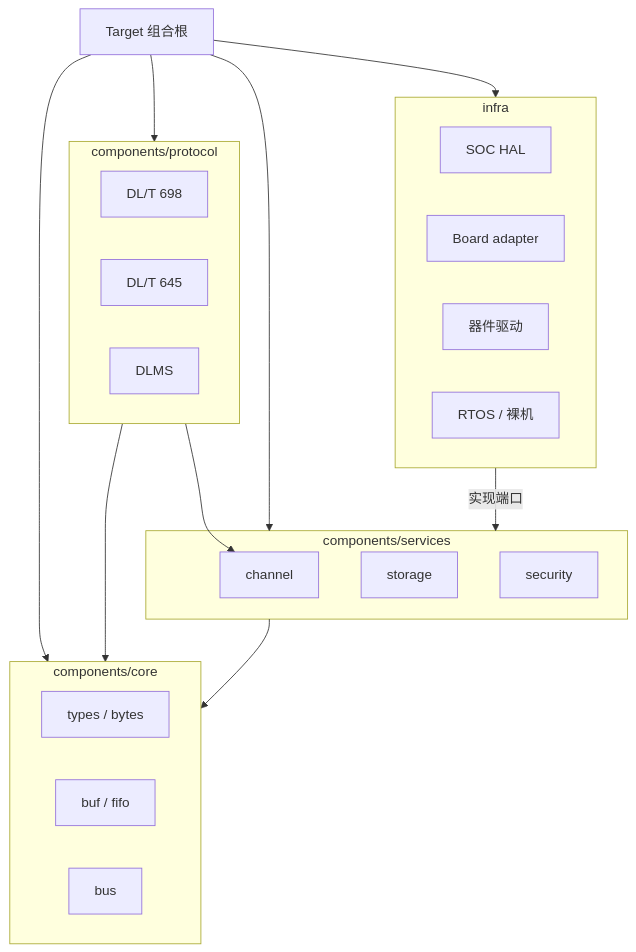
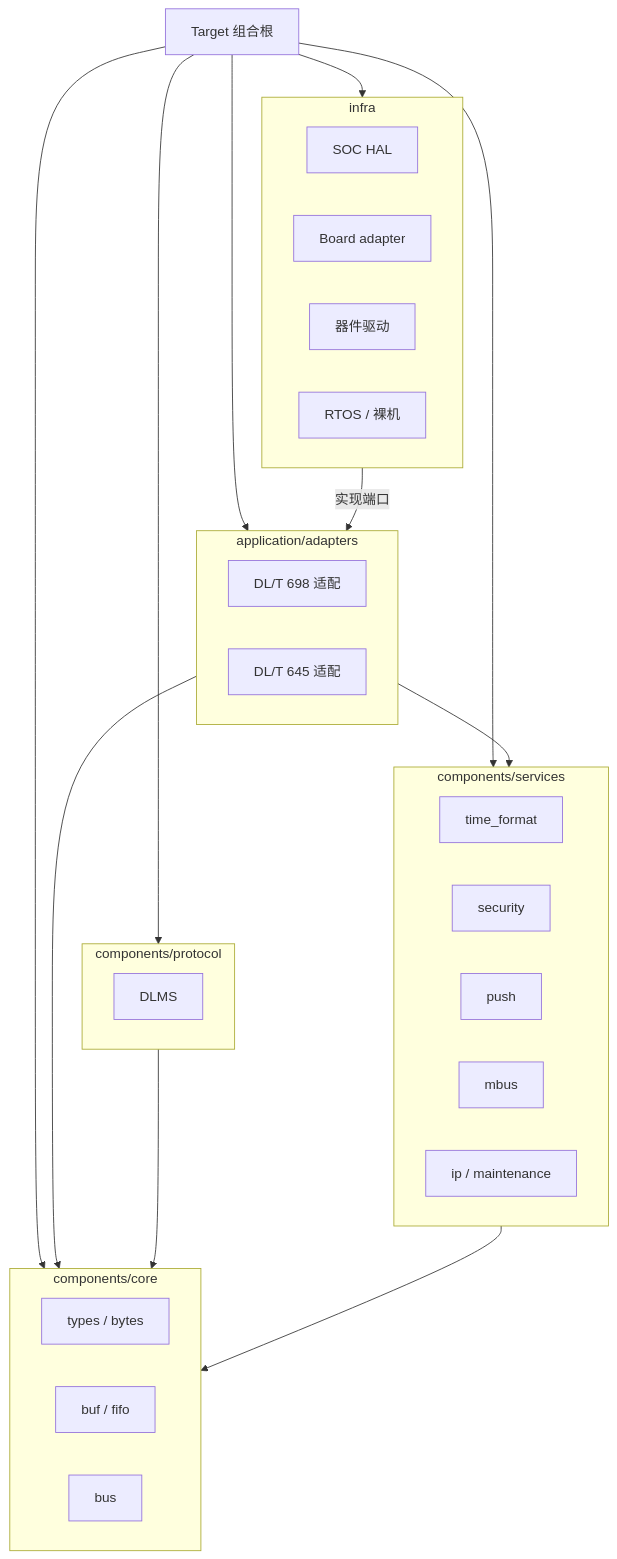
The fourth of 7 diagrams in README.md (cautonwong/modular-001), drawn with Mermaid before and after one commit. The commit also changed other lines of this file and 443 other files, not shown here.

````diff
--- a/README.md
+++ b/README.md
@@ -114,38 +130,45 @@
 ```mermaid
 flowchart TB
     subgraph Core["components/core"]
         Types["types / bytes"]
         Buf["buf / fifo"]
         Bus["bus"]
     end
 
+    subgraph Application["application/adapters"]
+        DL698["DL/T 698 适配"]
+        DL645["DL/T 645 适配"]
+    end
+
     subgraph Protocol["components/protocol"]
-        DL698["DL/T 698"]
-        DL645["DL/T 645"]
         DLMS["DLMS"]
     end
 
     subgraph Services["components/services"]
-        Channel["channel"]
-        Storage["storage"]
+        TimeFormat["time_format"]
         Security["security"]
+        Push["push"]
+        Mbus["mbus"]
+        IpMaintenance["ip / maintenance"]
     end
 
     subgraph Infra["infra"]
         SOC["SOC HAL"]
         Board["Board adapter"]
         Drivers["器件驱动"]
         RTOS["RTOS / 裸机"]
     end
 
     Target["Target 组合根"]
 
+    Target --> Application
     Target --> Core
     Target --> Protocol
     Target --> Services
     Target --> Infra
+    Application --> Core
+    Application --> Services
     Protocol --> Core
-    Protocol --> Channel
     Services --> Core
-    Infra -->|实现端口| Services
+    Infra -->|实现端口| Application
 ```
````
